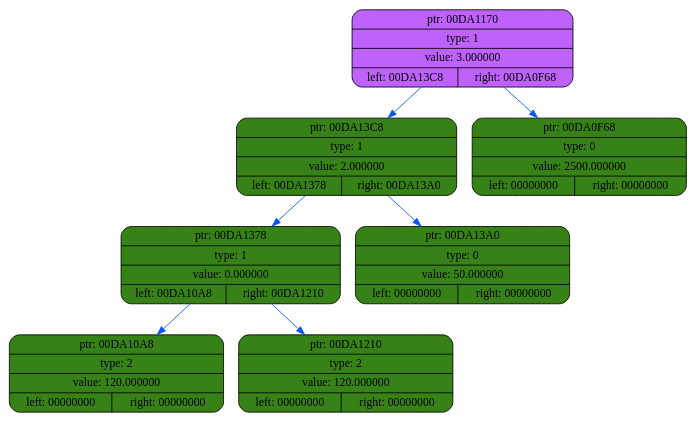
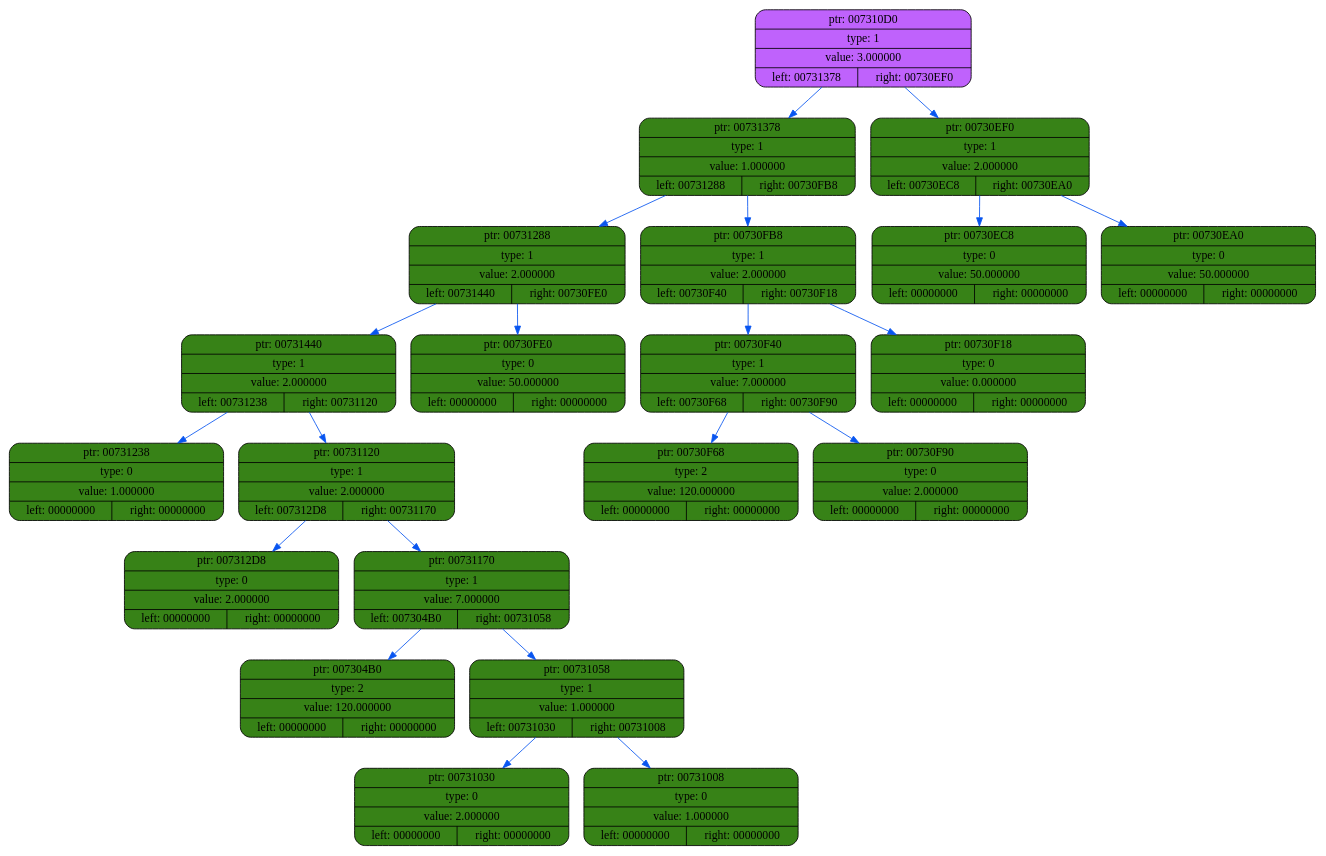
Before and after one commit to coffee8cat/differentiator: the diagram in dump/dump6.dot, drawn with Graphviz. The commit also changed 23 other files, not shown here.

```diff
--- a/dump/dump6.dot
+++ b/dump/dump6.dot
@@ -1,18 +1,46 @@
 digraph
 {
     rankdir=TP
 
-        node00DA1170[shape=record,style="rounded,filled",fillcolor="#BF62FC",label="{ ptr: 00DA1170 | type: 1 | value: 3.000000| { left: 00DA13C8 | right: 00DA0F68 }}"];
-    node00DA1170 -> node00DA13C8[color="#0855F0"]
-    node00DA13C8[shape=record,style="rounded,filled",fillcolor="#378217",label="{ ptr: 00DA13C8 | type: 1 | value: 2.000000| { left: 00DA1378 | right: 00DA13A0 }}"];
-    node00DA13C8 -> node00DA1378[color="#0855F0"]
-    node00DA1378[shape=record,style="rounded,filled",fillcolor="#378217",label="{ ptr: 00DA1378 | type: 1 | value: 0.000000| { left: 00DA10A8 | right: 00DA1210 }}"];
-    node00DA1378 -> node00DA10A8[color="#0855F0"]
-    node00DA10A8[shape=record,style="rounded,filled",fillcolor="#378217",label="{ ptr: 00DA10A8 | type: 2 | value: 120.000000| { left: 00000000 | right: 00000000 }}"];
-    node00DA1378 -> node00DA1210[color="#0855F0"]
-    node00DA1210[shape=record,style="rounded,filled",fillcolor="#378217",label="{ ptr: 00DA1210 | type: 2 | value: 120.000000| { left: 00000000 | right: 00000000 }}"];
-    node00DA13C8 -> node00DA13A0[color="#0855F0"]
-    node00DA13A0[shape=record,style="rounded,filled",fillcolor="#378217",label="{ ptr: 00DA13A0 | type: 0 | value: 50.000000| { left: 00000000 | right: 00000000 }}"];
-    node00DA1170 -> node00DA0F68[color="#0855F0"]
-    node00DA0F68[shape=record,style="rounded,filled",fillcolor="#378217",label="{ ptr: 00DA0F68 | type: 0 | value: 2500.000000| { left: 00000000 | right: 00000000 }}"];
+        node007310D0[shape=record,style="rounded,filled",fillcolor="#BF62FC",label="{ ptr: 007310D0 | type: 1 | value: 3.000000| { left: 00731378 | right: 00730EF0 }}"];
+    node007310D0 -> node00731378[color="#0855F0"]
+    node00731378[shape=record,style="rounded,filled",fillcolor="#378217",label="{ ptr: 00731378 | type: 1 | value: 1.000000| { left: 00731288 | right: 00730FB8 }}"];
+    node00731378 -> node00731288[color="#0855F0"]
+    node00731288[shape=record,style="rounded,filled",fillcolor="#378217",label="{ ptr: 00731288 | type: 1 | value: 2.000000| { left: 00731440 | right: 00730FE0 }}"];
+    node00731288 -> node00731440[color="#0855F0"]
+    node00731440[shape=record,style="rounded,filled",fillcolor="#378217",label="{ ptr: 00731440 | type: 1 | value: 2.000000| { left: 00731238 | right: 00731120 }}"];
+    node00731440 -> node00731238[color="#0855F0"]
+    node00731238[shape=record,style="rounded,filled",fillcolor="#378217",label="{ ptr: 00731238 | type: 0 | value: 1.000000| { left: 00000000 | right: 00000000 }}"];
+    node00731440 -> node00731120[color="#0855F0"]
+    node00731120[shape=record,style="rounded,filled",fillcolor="#378217",label="{ ptr: 00731120 | type: 1 | value: 2.000000| { left: 007312D8 | right: 00731170 }}"];
+    node00731120 -> node007312D8[color="#0855F0"]
+    node007312D8[shape=record,style="rounded,filled",fillcolor="#378217",label="{ ptr: 007312D8 | type: 0 | value: 2.000000| { left: 00000000 | right: 00000000 }}"];
+    node00731120 -> node00731170[color="#0855F0"]
+    node00731170[shape=record,style="rounded,filled",fillcolor="#378217",label="{ ptr: 00731170 | type: 1 | value: 7.000000| { left: 007304B0 | right: 00731058 }}"];
+    node00731170 -> node007304B0[color="#0855F0"]
+    node007304B0[shape=record,style="rounded,filled",fillcolor="#378217",label="{ ptr: 007304B0 | type: 2 | value: 120.000000| { left: 00000000 | right: 00000000 }}"];
+    node00731170 -> node00731058[color="#0855F0"]
+    node00731058[shape=record,style="rounded,filled",fillcolor="#378217",label="{ ptr: 00731058 | type: 1 | value: 1.000000| { left: 00731030 | right: 00731008 }}"];
+    node00731058 -> node00731030[color="#0855F0"]
+    node00731030[shape=record,style="rounded,filled",fillcolor="#378217",label="{ ptr: 00731030 | type: 0 | value: 2.000000| { left: 00000000 | right: 00000000 }}"];
+    node00731058 -> node00731008[color="#0855F0"]
+    node00731008[shape=record,style="rounded,filled",fillcolor="#378217",label="{ ptr: 00731008 | type: 0 | value: 1.000000| { left: 00000000 | right: 00000000 }}"];
+    node00731288 -> node00730FE0[color="#0855F0"]
+    node00730FE0[shape=record,style="rounded,filled",fillcolor="#378217",label="{ ptr: 00730FE0 | type: 0 | value: 50.000000| { left: 00000000 | right: 00000000 }}"];
+    node00731378 -> node00730FB8[color="#0855F0"]
+    node00730FB8[shape=record,style="rounded,filled",fillcolor="#378217",label="{ ptr: 00730FB8 | type: 1 | value: 2.000000| { left: 00730F40 | right: 00730F18 }}"];
+    node00730FB8 -> node00730F40[color="#0855F0"]
+    node00730F40[shape=record,style="rounded,filled",fillcolor="#378217",label="{ ptr: 00730F40 | type: 1 | value: 7.000000| { left: 00730F68 | right: 00730F90 }}"];
+    node00730F40 -> node00730F68[color="#0855F0"]
+    node00730F68[shape=record,style="rounded,filled",fillcolor="#378217",label="{ ptr: 00730F68 | type: 2 | value: 120.000000| { left: 00000000 | right: 00000000 }}"];
+    node00730F40 -> node00730F90[color="#0855F0"]
+    node00730F90[shape=record,style="rounded,filled",fillcolor="#378217",label="{ ptr: 00730F90 | type: 0 | value: 2.000000| { left: 00000000 | right: 00000000 }}"];
+    node00730FB8 -> node00730F18[color="#0855F0"]
+    node00730F18[shape=record,style="rounded,filled",fillcolor="#378217",label="{ ptr: 00730F18 | type: 0 | value: 0.000000| { left: 00000000 | right: 00000000 }}"];
+    node007310D0 -> node00730EF0[color="#0855F0"]
+    node00730EF0[shape=record,style="rounded,filled",fillcolor="#378217",label="{ ptr: 00730EF0 | type: 1 | value: 2.000000| { left: 00730EC8 | right: 00730EA0 }}"];
+    node00730EF0 -> node00730EC8[color="#0855F0"]
+    node00730EC8[shape=record,style="rounded,filled",fillcolor="#378217",label="{ ptr: 00730EC8 | type: 0 | value: 50.000000| { left: 00000000 | right: 00000000 }}"];
+    node00730EF0 -> node00730EA0[color="#0855F0"]
+    node00730EA0[shape=record,style="rounded,filled",fillcolor="#378217",label="{ ptr: 00730EA0 | type: 0 | value: 50.000000| { left: 00000000 | right: 00000000 }}"];
 }
```
